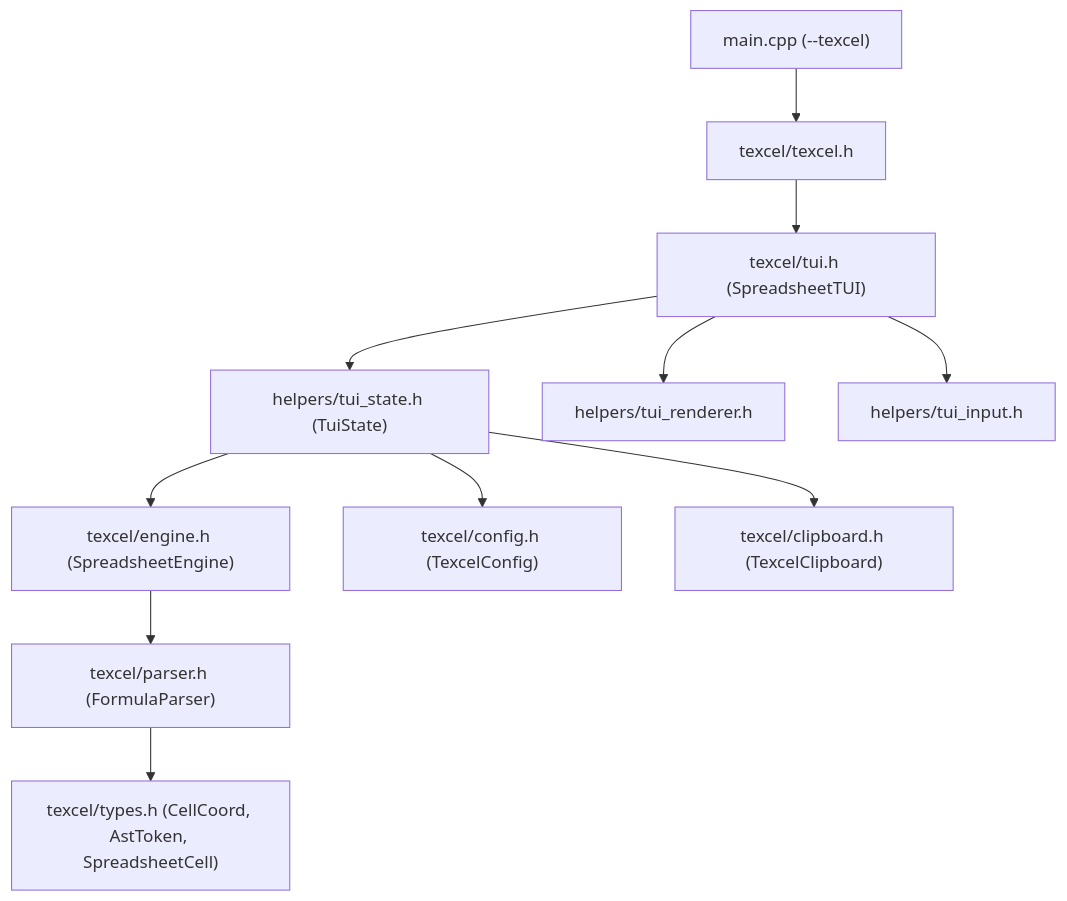
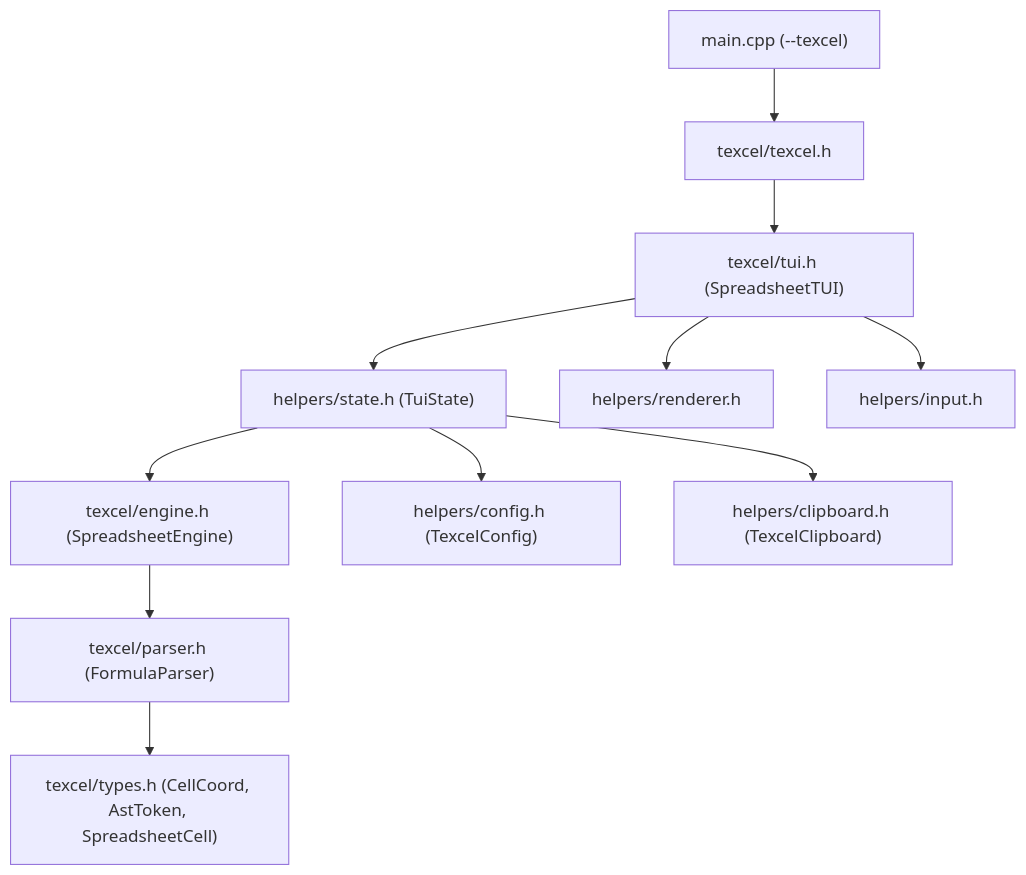
One commit to AldoLunaBueno/2026-II-CS-UNI-CC0E5-AEDAv changed the diagram in docs/texcel.md. Above: the diagram before and after it, drawn with Mermaid. The commit also changed other lines of this file and 9 other files, not shown here.

Commit message:
refactor(texcel): drop redundant tui_ prefix from helpers and update docs

````diff
--- a/docs/texcel.md
+++ b/docs/texcel.md
@@ -11,13 +11,13 @@
 ```mermaid
 flowchart TD
     MAIN["main.cpp (--texcel)"] --> TEXCEL["texcel/texcel.h"]
     TEXCEL --> TUI["texcel/tui.h (SpreadsheetTUI)"]
-    TUI --> STATE["helpers/tui_state.h (TuiState)"]
-    TUI --> RENDER["helpers/tui_renderer.h"]
-    TUI --> INPUT["helpers/tui_input.h"]
+    TUI --> STATE["helpers/state.h (TuiState)"]
+    TUI --> RENDER["helpers/renderer.h"]
+    TUI --> INPUT["helpers/input.h"]
     STATE --> ENGINE["texcel/engine.h (SpreadsheetEngine)"]
-    STATE --> CONFIG["texcel/config.h (TexcelConfig)"]
-    STATE --> CLIP["texcel/clipboard.h (TexcelClipboard)"]
+    STATE --> CONFIG["helpers/config.h (TexcelConfig)"]
+    STATE --> CLIP["helpers/clipboard.h (TexcelClipboard)"]
     ENGINE --> PARSER["texcel/parser.h (FormulaParser)"]
     PARSER --> TYPES["texcel/types.h (CellCoord, AstToken, SpreadsheetCell)"]
 ```
````
